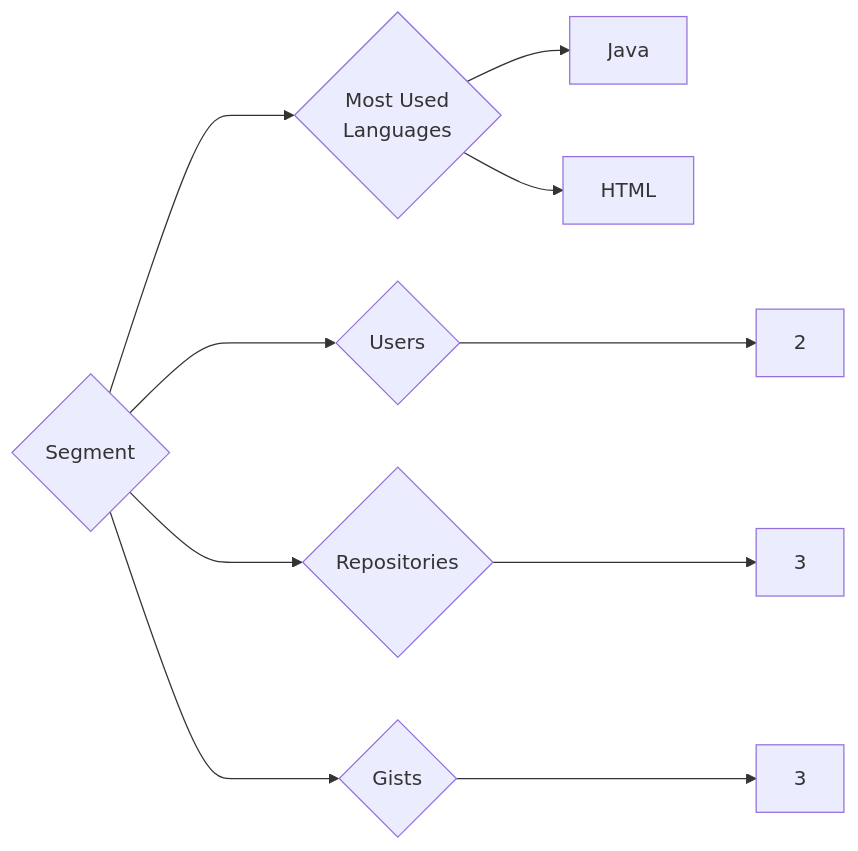
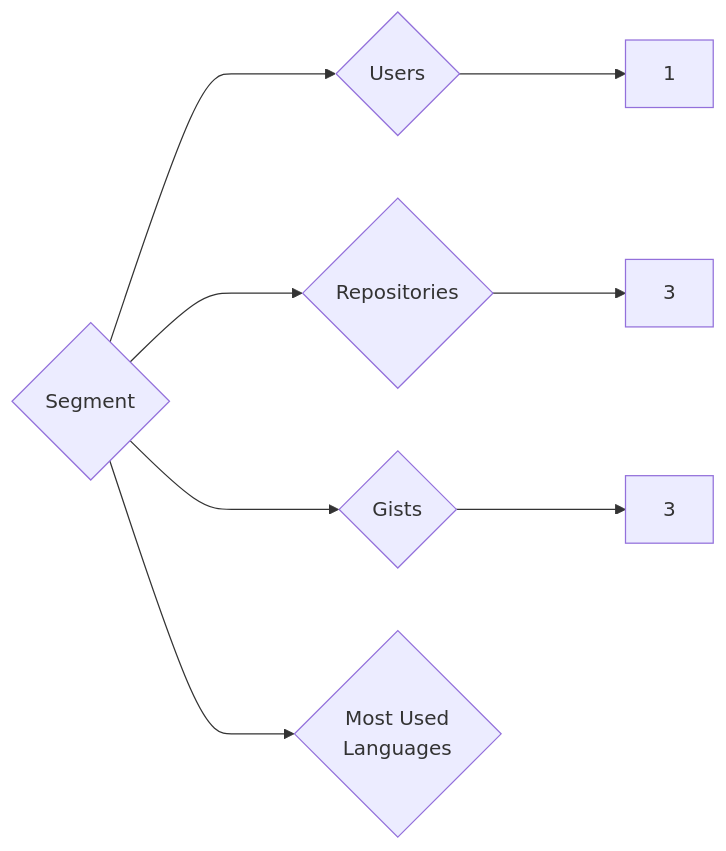
Before and after one commit to trickest/insiders: the diagram in targets/Segment/README.md, drawn with Mermaid. The commit also changed 895 other files, not shown here.

````diff
--- a/targets/Segment/README.md
+++ b/targets/Segment/README.md
@@ -3,10 +3,8 @@
 ```mermaid
 graph LR
 COMPANY_NAME{Segment}
-COMPANY_NAME ---> U{Users} ---> UN[2]
+COMPANY_NAME ---> U{Users} ---> UN[1]
 COMPANY_NAME ---> R{Repositories} ---> RN[3]
 COMPANY_NAME ---> G{Gists} ---> GN[3]
 COMPANY_NAME ---> ML{Most Used<br>Languages}
-ML --> Java[Java]
-ML --> HTML[HTML]
 ```
````
